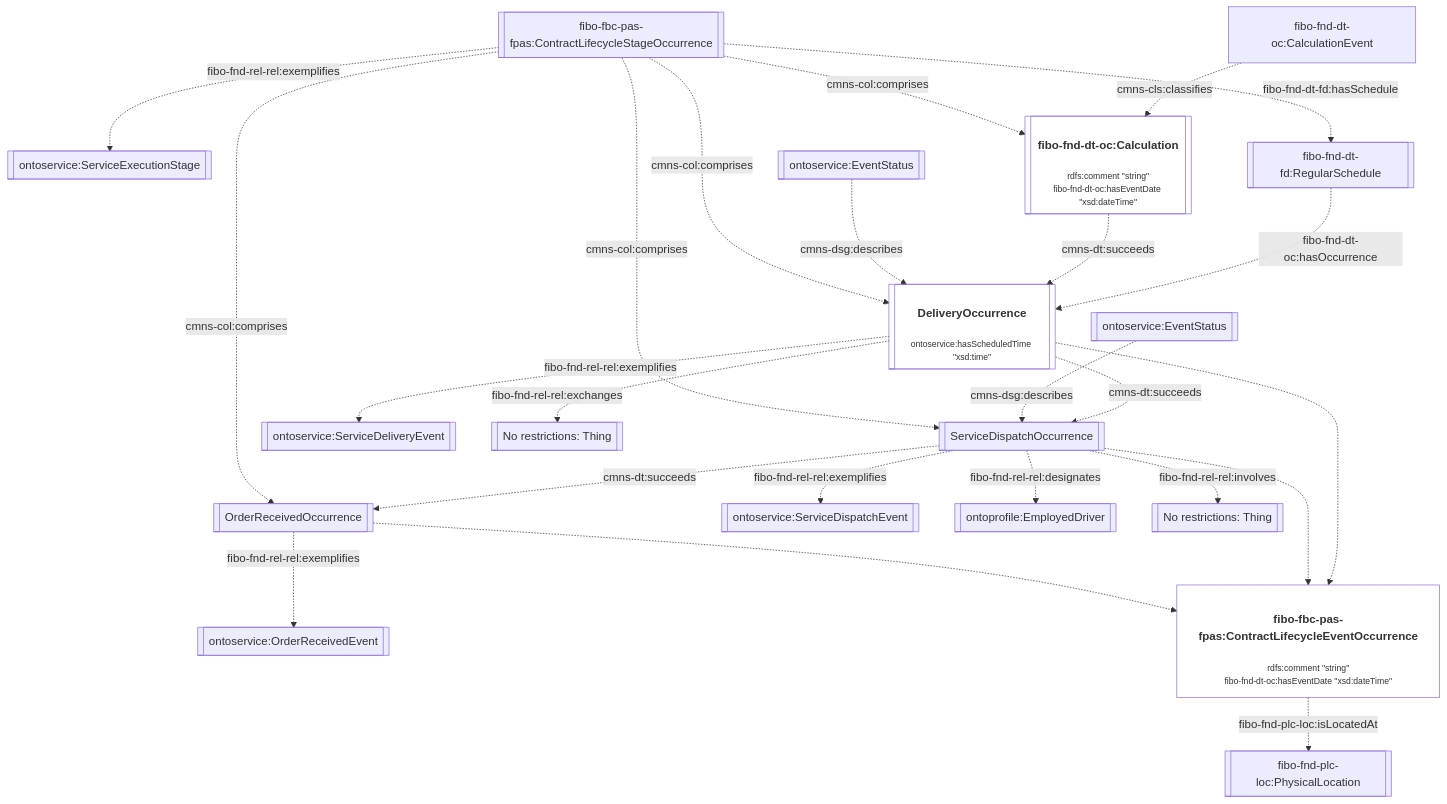
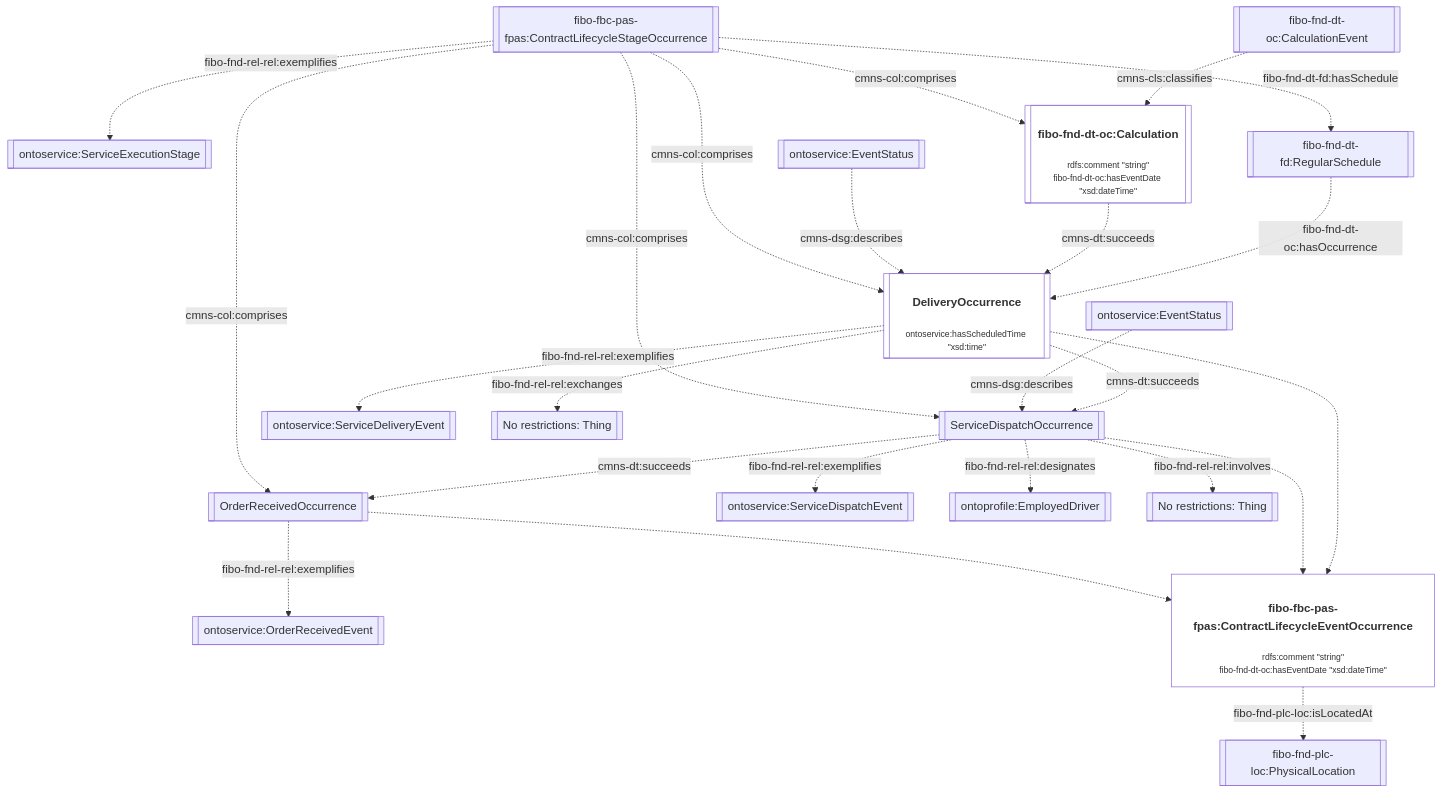
One commit to cambridge-cares/TheWorldAvatar changed diagram 12 of 16 in JPS_Ontology/ontology/ontoservice/README.md. Above: the diagram before and after it, drawn with Mermaid. The commit also changed other lines of this file and 2 other files, not shown here.

````diff
--- a/JPS_Ontology/ontology/ontoservice/README.md
+++ b/JPS_Ontology/ontology/ontoservice/README.md
@@ -347,37 +401,37 @@
 ```mermaid
 flowchart TD
     %% Styling
     classDef literal fill:none
     classDef node overflow-wrap:break-word,text-wrap:pretty
     linkStyle default overflow-wrap:break-word,text-wrap:pretty;
 
     %% Contents
     StageOccurrence[[fibo-fbc-pas-fpas:ContractLifecycleStageOccurrence]] -. fibo-fnd-rel-rel:exemplifies .-> ServiceExecutionStage[[ontoservice:ServiceExecutionStage]]
 
     StageOccurrence -. cmns-col:comprises .-> OrderReceivedOccurrence[[OrderReceivedOccurrence]]
     OrderReceivedOccurrence -. fibo-fnd-rel-rel:exemplifies .-> OrderReceivedEvent[[ontoservice:OrderReceivedEvent]]
     OrderReceivedOccurrence -.-> EventOccurrence["<h4>fibo-fbc-pas-fpas:ContractLifecycleEventOccurrence</h4><p style='font-size:0.75rem;'>rdfs:comment &quot;string&quot;<br>fibo-fnd-dt-oc:hasEventDate &quot;xsd:dateTime&quot;</p>"]:::literal
 
     StageOccurrence -. cmns-col:comprises .-> DispatchOccurrence[[ServiceDispatchOccurrence]]
     DispatchOccurrence -. fibo-fnd-rel-rel:exemplifies .-> ServiceDispatchEvent[[ontoservice:ServiceDispatchEvent]]
     DispatchOccurrence -.-> EventOccurrence
     DispatchOccurrence -. cmns-dt:succeeds .-> OrderReceivedOccurrence
     DispatchEventStatus[[ontoservice:EventStatus]] -. cmns-dsg:describes .-> DispatchOccurrence
 
     StageOccurrence -. cmns-col:comprises .-> DeliveryOccurrence[["<h4>DeliveryOccurrence</h4><p style='font-size:0.75rem;'>ontoservice:hasScheduledTime &quot;xsd:time&quot;</p>"]]:::literal
     DeliveryOccurrence -. fibo-fnd-rel-rel:exemplifies .-> ServiceDeliveryEvent[[ontoservice:ServiceDeliveryEvent]]
     DeliveryOccurrence -.-> EventOccurrence
     DeliveryOccurrence -. cmns-dt:succeeds .-> DispatchOccurrence
     DeliveryEventStatus[[ontoservice:EventStatus]] -. cmns-dsg:describes .-> DeliveryOccurrence
 
     StageOccurrence -. cmns-col:comprises .-> Calculation[["<h4>fibo-fnd-dt-oc:Calculation</h4><p style='font-size:0.75rem;'>rdfs:comment &quot;string&quot;<br>fibo-fnd-dt-oc:hasEventDate &quot;xsd:dateTime&quot;</p>"]]:::literal
-    CalculationEvent[fibo-fnd-dt-oc:CalculationEvent] -. cmns-cls:classifies .-> Calculation
+    CalculationEvent[[fibo-fnd-dt-oc:CalculationEvent]] -. cmns-cls:classifies .-> Calculation
     Calculation -. cmns-dt:succeeds .-> DeliveryOccurrence
 
     StageOccurrence -. fibo-fnd-dt-fd:hasSchedule .-> Schedule[[fibo-fnd-dt-fd:RegularSchedule]]
     Schedule -. fibo-fnd-dt-oc:hasOccurrence .-> DeliveryOccurrence
     DispatchOccurrence -. fibo-fnd-rel-rel:designates .-> Driver[[ontoprofile:EmployedDriver]]
     DispatchOccurrence -. fibo-fnd-rel-rel:involves .-> AssignableThing[[No restrictions: Thing]]
     DeliveryOccurrence -. fibo-fnd-rel-rel:exchanges .->  ExchangeableThing[[No restrictions: Thing]]
     EventOccurrence -. fibo-fnd-plc-loc:isLocatedAt .-> Location[[fibo-fnd-plc-loc:PhysicalLocation]]
 ```
````
